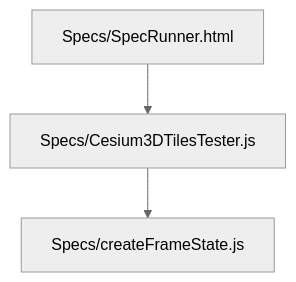
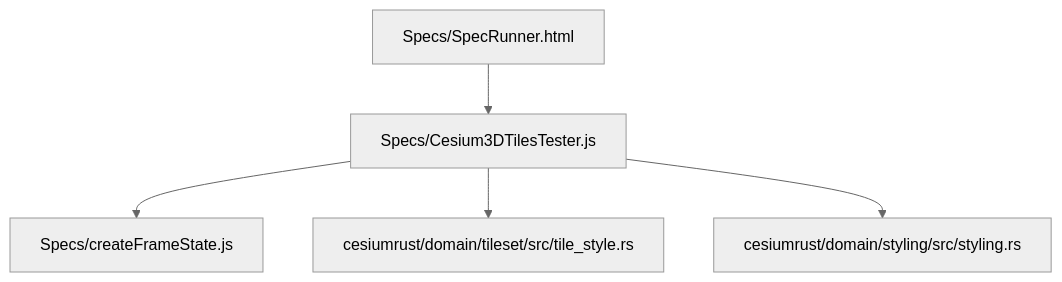
Before and after one commit to rzhangjing/cesium: the first of 4 diagrams in .qoder/repowiki/zh/content/API参考文档/数据源API/Cesium3DTileset/样式系统.md, drawn with Mermaid (neutral theme). The commit also changed other lines of this file and 29 other files, not shown here.

````diff
--- a/.qoder/repowiki/zh/content/API参考文档/数据源API/Cesium3DTileset/样式系统.md
+++ b/.qoder/repowiki/zh/content/API参考文档/数据源API/Cesium3DTileset/样式系统.md
@@ -31,5 +43,7 @@
 ```mermaid
 graph TB
 A["Specs/SpecRunner.html"] --> B["Specs/Cesium3DTilesTester.js"]
 B --> C["Specs/createFrameState.js"]
+B --> D["cesiumrust/domain/tileset/src/tile_style.rs"]
+B --> E["cesiumrust/domain/styling/src/styling.rs"]
 ```
````
